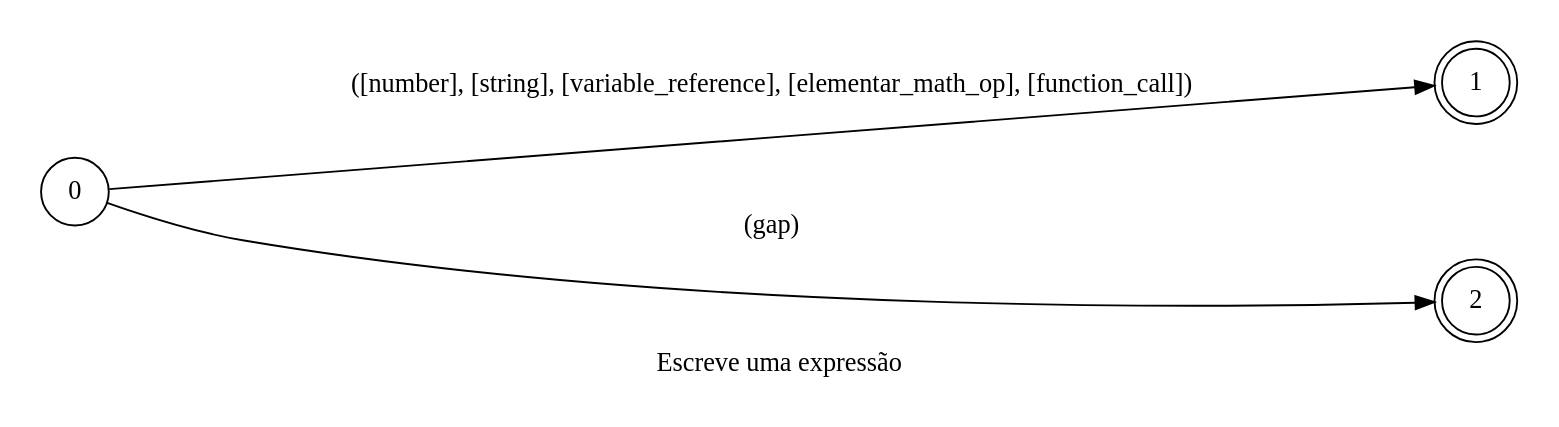
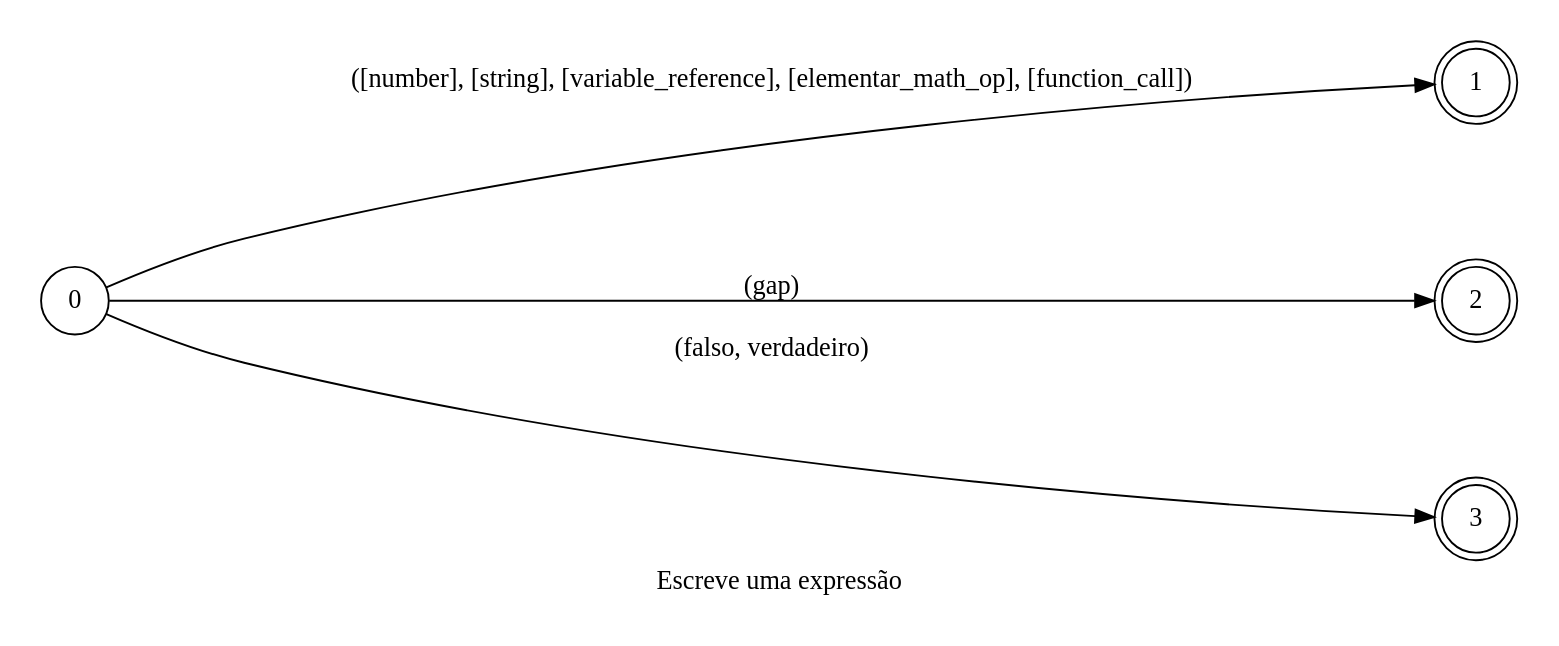
Before and after one commit to pedrooaugusto/speech-to-code: the diagram in spoken/src/modules/typescript/expressions/phrase_pt-BR.dot, drawn with Graphviz. The commit also changed 66 other files, not shown here.

```diff
--- a/spoken/src/modules/typescript/expressions/phrase_pt-BR.dot
+++ b/spoken/src/modules/typescript/expressions/phrase_pt-BR.dot
@@ -1,19 +1,20 @@
 digraph expressions {
     id="expressions";
     label="Escreve uma expressão";
     lang="pt-BR";
     langName="Português";
     pad="0.2";
     nodesep="1";
     ranksep="2";
     rankdir=LR;
     alias="true";
-    node[shape=doublecircle]; 1 2;
+    node[shape=doublecircle]; 1 2 3;
     node[shape=circle];
 
     0 -> 1 [label="([number], [string], [variable_reference], [elementar_math_op], [function_call])", store=expression];
     0 -> 2 [label="(gap)", store=wildCard, normalizer="identity"];
+    0 -> 3 [label="(falso, verdadeiro)", store=booleanConstants];
 
     title="Escreve uma expressão";
     desc="Escreve uma expressão no editor de texto, esse automata foi projetado para ser usado em outros automatas";
 }
```
